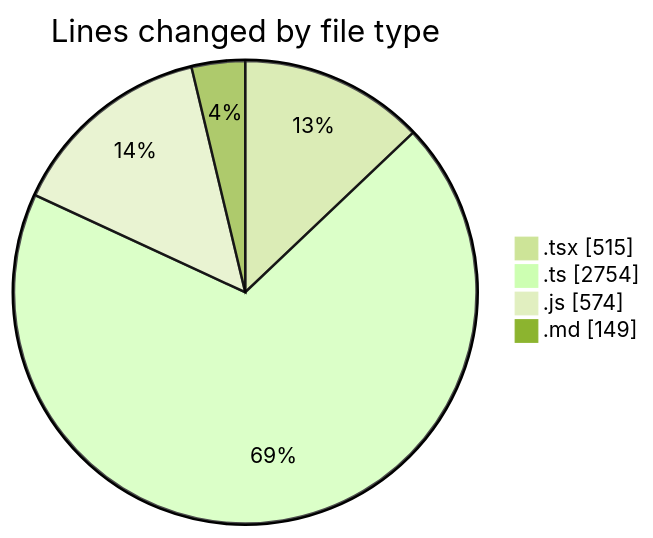
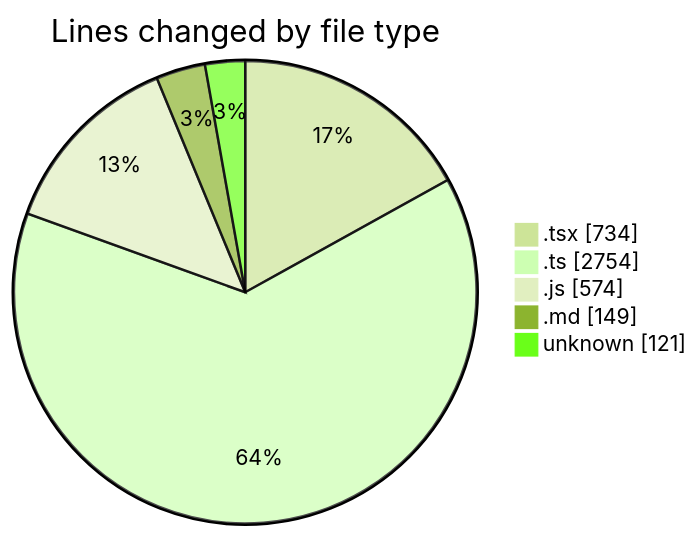
The first of 2 diagrams in 2026-06-04/cda/README.md (momahboobian/code-tracking), drawn with Mermaid (forest theme) before and after one commit. The commit also changed other lines of this file and 1 other file, not shown here.

````diff
--- a/2026-06-04/cda/README.md
+++ b/2026-06-04/cda/README.md
@@ -35,8 +37,9 @@
 ```mermaid
 pie showData
 title Lines changed by file type
-".tsx" : 515
+".tsx" : 734
 ".ts" : 2754
 ".js" : 574
 ".md" : 149
+"unknown" : 121
 ```
````
